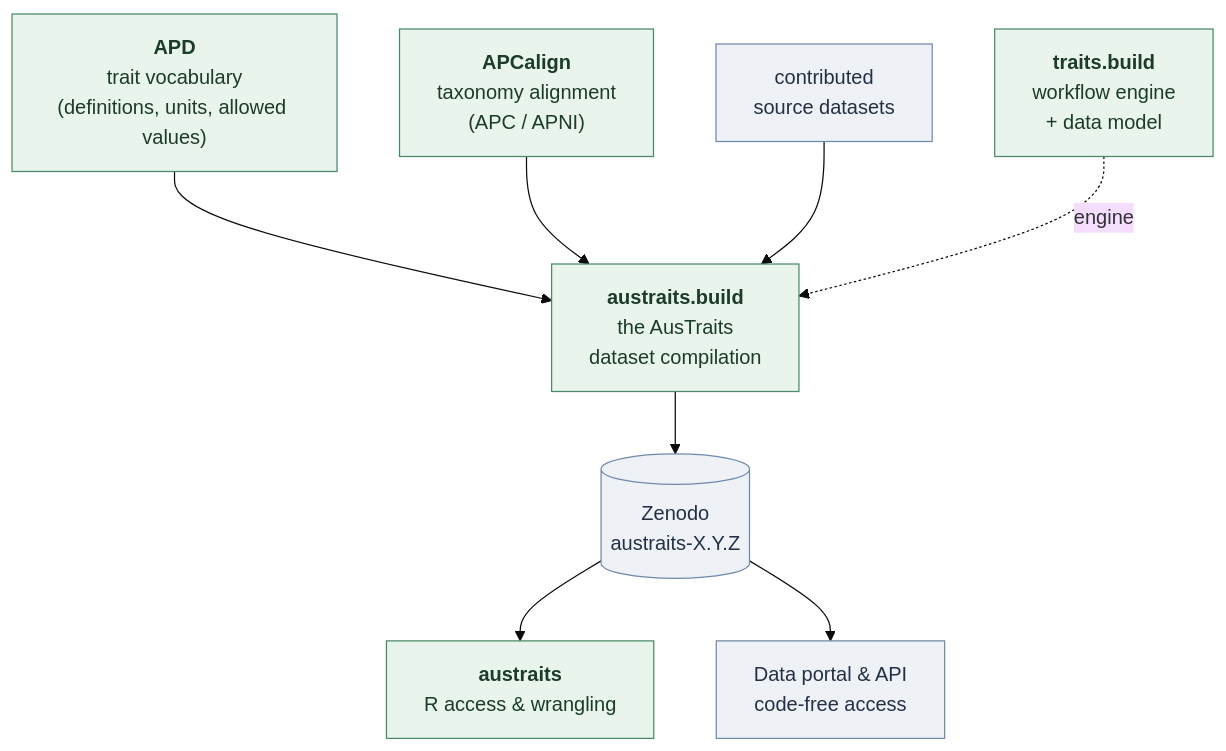
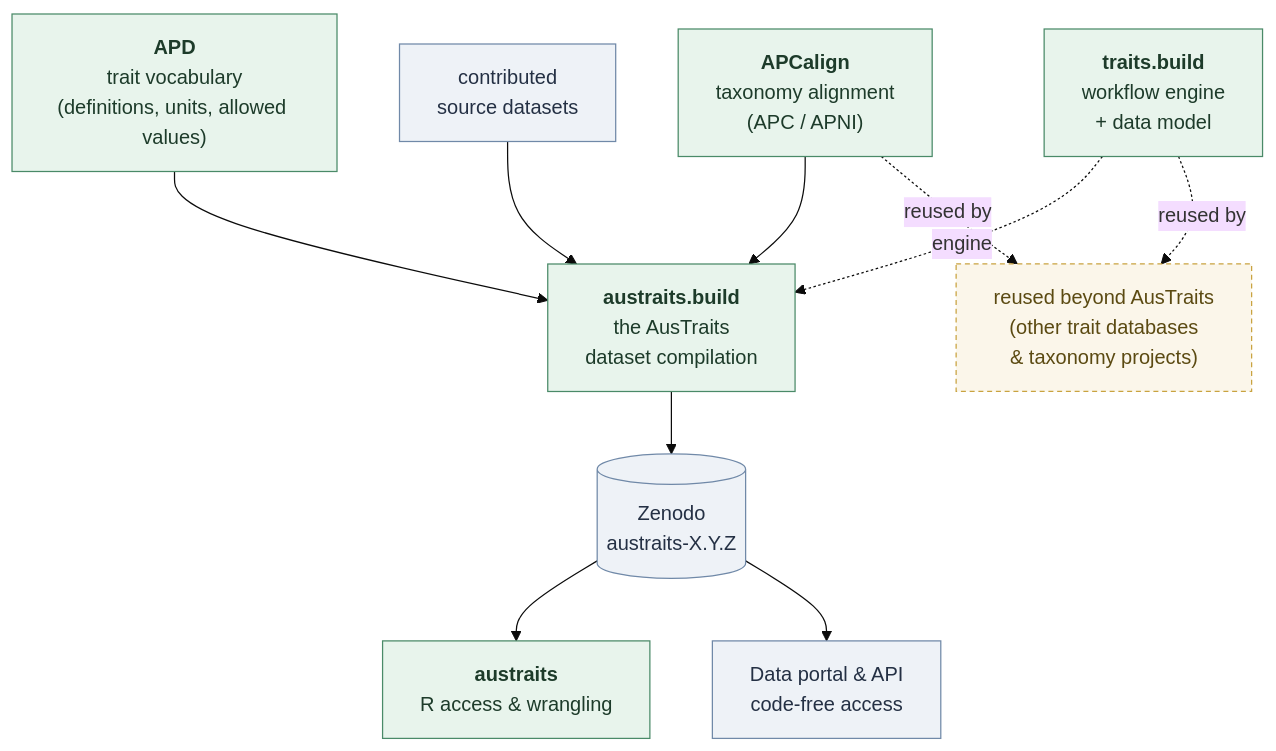
One commit to traitecoevo/austraits.org changed the diagram in family.qmd. Above: the diagram before and after it, drawn with Mermaid (base theme). The commit also changed other lines of this file and 2 other files, not shown here.

Commit message:
Fix invisible mermaid edges and refine family page
- Pin --mermaid-edge-color / --mermaid-label-fg-color so flowchart
  arrows and edge labels render on white pages (Quarto derived them
  from the simplex theme as white, hiding all edges)
- Show cross-family reuse: dashed "reused beyond AusTraits" node with
  "reused by" arrows from APCalign and traits.build; note reuse in the
  APCalign card
- Lighten .plain-card links (0.82rem / weight 500) to match front page
- Reorder About menu: Team before The family

````diff
--- a/family.qmd
+++ b/family.qmd
@@ -13,24 +13,29 @@
 ```{mermaid}
 flowchart TD
   APD["<b>APD</b><br/>trait vocabulary<br/>(definitions, units, allowed values)"]
   APC["<b>APCalign</b><br/>taxonomy alignment<br/>(APC / APNI)"]
   RAW["contributed<br/>source datasets"]
   TB["<b>traits.build</b><br/>workflow engine<br/>+ data model"]
   BUILD["<b>austraits.build</b><br/>the AusTraits<br/>dataset compilation"]
   ZEN[("Zenodo<br/>austraits-X.Y.Z")]
   PKG["<b>austraits</b><br/>R access &amp; wrangling"]
   WEB["Data portal &amp; API<br/>code-free access"]
+  REUSE["reused beyond AusTraits<br/>(other trait databases<br/>&amp; taxonomy projects)"]
 
   APD --> BUILD
   APC --> BUILD
   RAW --> BUILD
   TB -. engine .-> BUILD
   BUILD --> ZEN
   ZEN --> PKG
   ZEN --> WEB
+  APC -. reused by .-> REUSE
+  TB -. reused by .-> REUSE
 
   classDef core fill:#e8f4ec,stroke:#4a8a68,color:#1d3b2a;
   classDef data fill:#eef2f7,stroke:#7089a8,color:#243044;
+  classDef reuse fill:#fbf6ea,stroke:#c9a340,color:#5b4a12,stroke-dasharray:4 3;
   class APD,APC,TB,BUILD,PKG core;
   class RAW,ZEN,WEB data;
+  class REUSE reuse;
 ```
````
